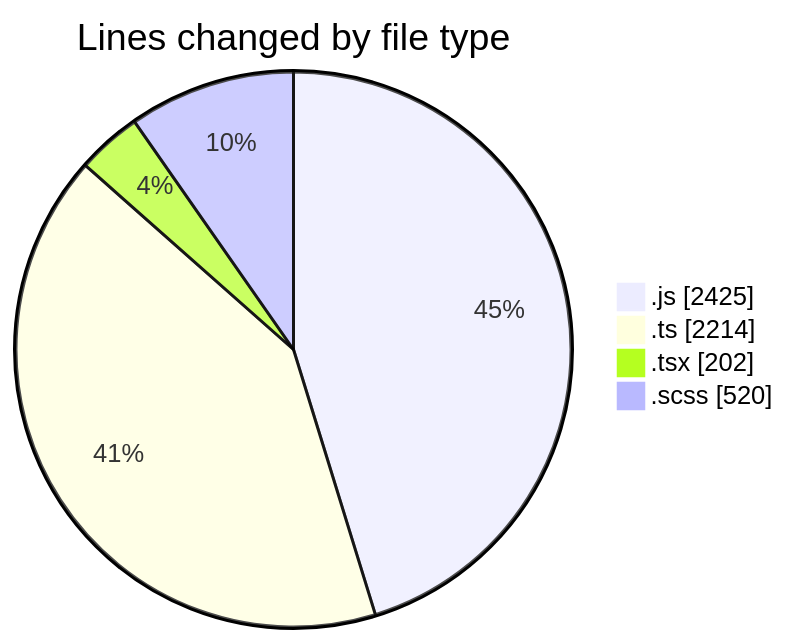
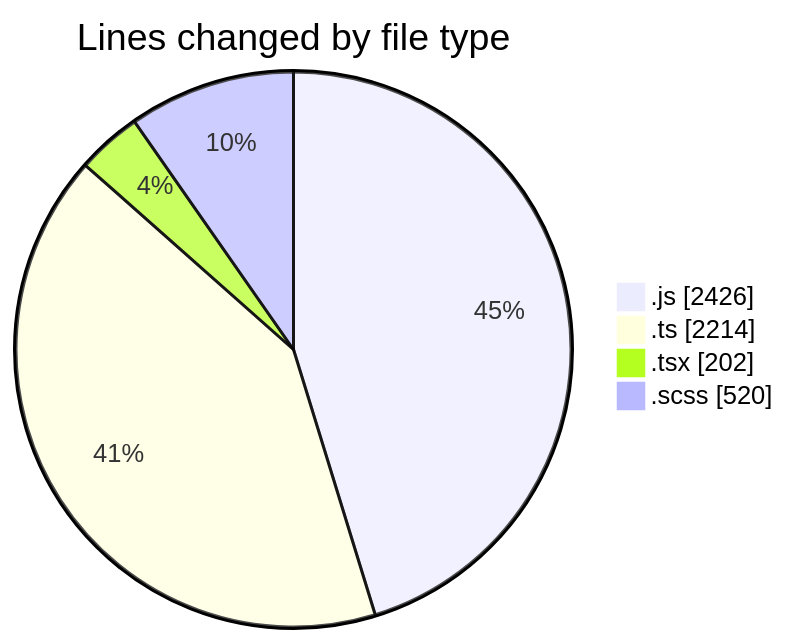
One commit to momahboobian/code-tracking changed the first of 2 diagrams in 2025-06-18/cda/README.md. Above: the diagram before and after it, drawn with Mermaid. The commit also changed other lines of this file and 1 other file, not shown here.

````diff
--- a/2025-06-18/cda/README.md
+++ b/2025-06-18/cda/README.md
@@ -40,8 +40,8 @@
 ```mermaid
 pie showData
 title Lines changed by file type
-".js" : 2425
+".js" : 2426
 ".ts" : 2214
 ".tsx" : 202
 ".scss" : 520
 ```
````
